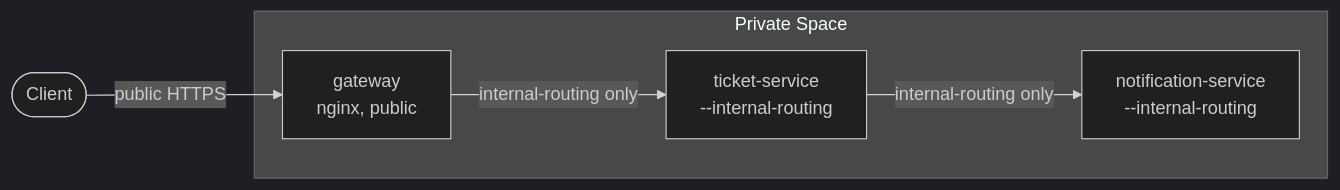
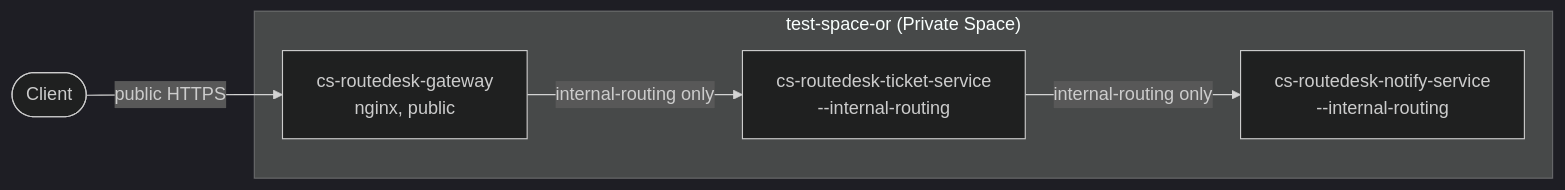
Before and after one commit to chetankd10/Heroku-Docker-Microservices: the first of 2 diagrams in README.md, drawn with Mermaid (dark theme). The commit also changed other lines of this file and 3 other files, not shown here.

````diff
--- a/README.md
+++ b/README.md
@@ -33,8 +45,8 @@
 ```mermaid
 flowchart LR
-    Client([Client]) -->|public HTTPS| GW["gateway<br/>nginx, public"]
-    subgraph Space["Private Space"]
-        GW -->|internal-routing only| TS["ticket-service<br/>--internal-routing"]
-        TS -->|internal-routing only| NS["notification-service<br/>--internal-routing"]
+    Client([Client]) -->|public HTTPS| GW["cs-routedesk-gateway<br/>nginx, public"]
+    subgraph Space["test-space-or (Private Space)"]
+        GW -->|internal-routing only| TS["cs-routedesk-ticket-service<br/>--internal-routing"]
+        TS -->|internal-routing only| NS["cs-routedesk-notify-service<br/>--internal-routing"]
     end
 ```
````
